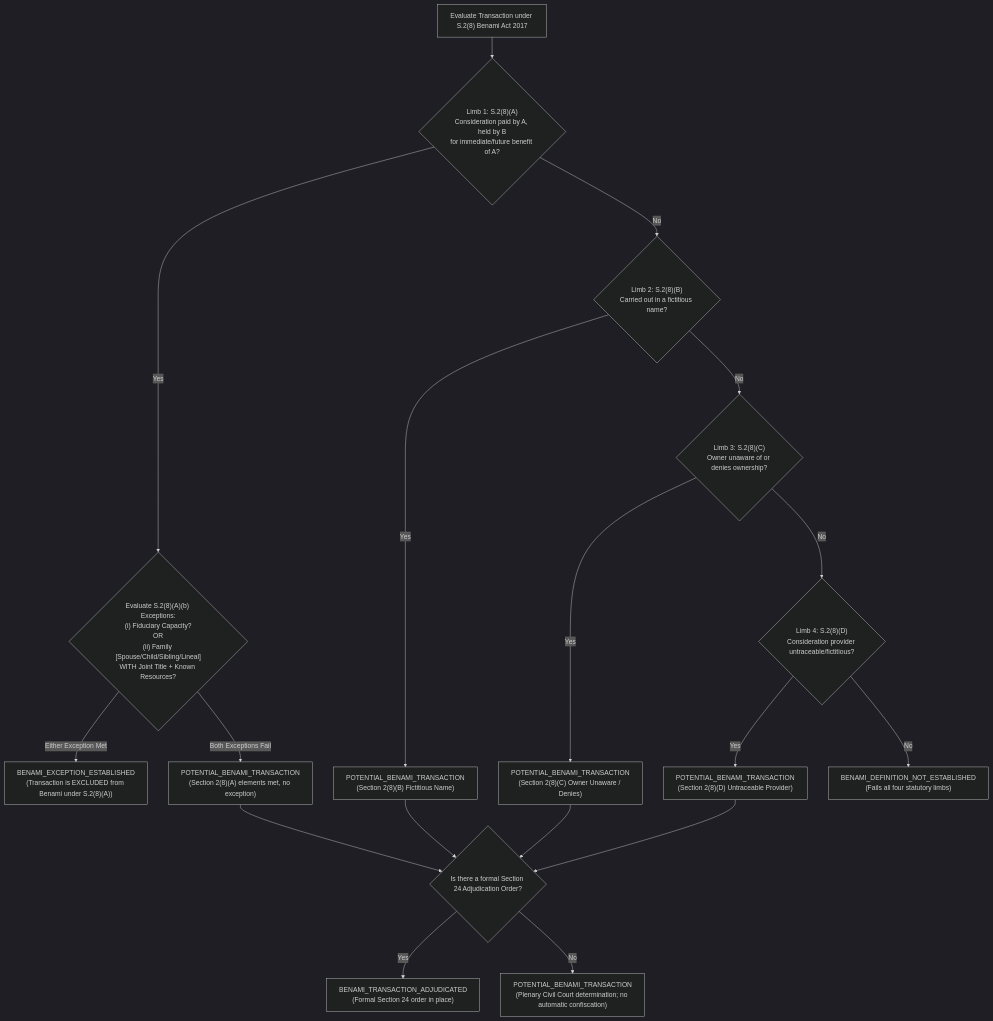
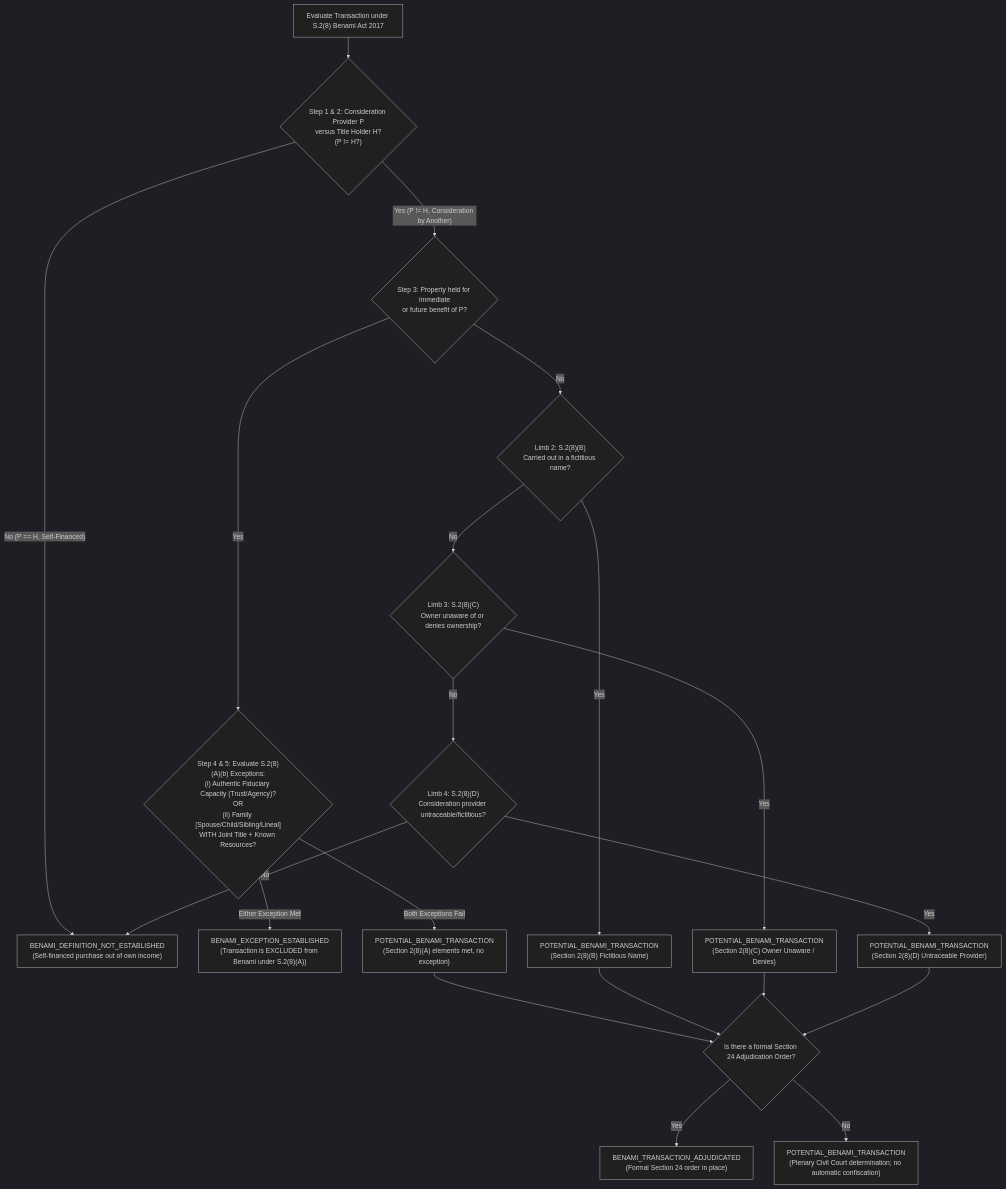
The diagram in PHASE4_STEP5_IMPLEMENTATION_PLAN.md (abdulkabeerkhan-dev/lawyer-Backend), drawn with Mermaid (dark theme) before and after one commit. The commit also changed other lines of this file, not shown here.

Commit message:
docs(plan): upgrade implementation plan to v1.7.3 resolving all 8 pre-authorization review findings and AUTH-01..10 matrix

````diff
--- a/PHASE4_STEP5_IMPLEMENTATION_PLAN.md
+++ b/PHASE4_STEP5_IMPLEMENTATION_PLAN.md
@@ -169,27 +179,30 @@
 ```mermaid
 flowchart TD
-    Start["Evaluate Transaction under S.2(8) Benami Act 2017"] --> LimbA{"Limb 1: S.2(8)(A)<br/>Consideration paid by A, held by B<br/>for immediate/future benefit of A?"}
+    Start["Evaluate Transaction under S.2(8) Benami Act 2017"] --> Step1{"Step 1 & 2: Consideration Provider P<br/>versus Title Holder H?<br/>(P != H?)"}
     
-    LimbA -- Yes --> ExCheck{"Evaluate S.2(8)(A)(b) Exceptions:<br/>(i) Fiduciary Capacity?<br/>OR<br/>(ii) Family [Spouse/Child/Sibling/Lineal]<br/>WITH Joint Title + Known Resources?"}
-    LimbA -- No --> LimbB{"Limb 2: S.2(8)(B)<br/>Carried out in a fictitious name?"}
+    Step1 -- "No (P == H, Self-Financed)" --> NotEst["BENAMI_DEFINITION_NOT_ESTABLISHED<br/>(Self-financed purchase out of own income)"]
+    Step1 -- "Yes (P != H, Consideration by Another)" --> Step3{"Step 3: Property held for immediate<br/>or future benefit of P?"}
+    
+    Step3 -- Yes --> ExCheck{"Step 4 & 5: Evaluate S.2(8)(A)(b) Exceptions:<br/>(i) Authentic Fiduciary Capacity (Trust/Agency)?<br/>OR<br/>(ii) Family [Spouse/Child/Sibling/Lineal]<br/>WITH Joint Title + Known Resources?"}
+    Step3 -- No --> LimbB{"Limb 2: S.2(8)(B)<br/>Carried out in a fictitious name?"}
     
     ExCheck -- Either Exception Met --> ExcEst["BENAMI_EXCEPTION_ESTABLISHED<br/>(Transaction is EXCLUDED from Benami under S.2(8)(A))"]
     ExCheck -- Both Exceptions Fail --> PotBenA["POTENTIAL_BENAMI_TRANSACTION<br/>(Section 2(8)(A) elements met, no exception)"]
     
     LimbB -- Yes --> PotBenB["POTENTIAL_BENAMI_TRANSACTION<br/>(Section 2(8)(B) Fictitious Name)"]
     LimbB -- No --> LimbC{"Limb 3: S.2(8)(C)<br/>Owner unaware of or denies ownership?"}
     
     LimbC -- Yes --> PotBenC["POTENTIAL_BENAMI_TRANSACTION<br/>(Section 2(8)(C) Owner Unaware / Denies)"]
     LimbC -- No --> LimbD{"Limb 4: S.2(8)(D)<br/>Consideration provider untraceable/fictitious?"}
     
     LimbD -- Yes --> PotBenD["POTENTIAL_BENAMI_TRANSACTION<br/>(Section 2(8)(D) Untraceable Provider)"]
-    LimbD -- No --> NotEst["BENAMI_DEFINITION_NOT_ESTABLISHED<br/>(Fails all four statutory limbs)"]
+    LimbD -- No --> NotEst
     
     PotBenA --> S24Order{"Is there a formal Section 24 Adjudication Order?"}
     PotBenB --> S24Order
     PotBenC --> S24Order
     PotBenD --> S24Order
     
     S24Order -- Yes --> BenAdj["BENAMI_TRANSACTION_ADJUDICATED<br/>(Formal Section 24 order in place)"]
     S24Order -- No --> RetPot["POTENTIAL_BENAMI_TRANSACTION<br/>(Plenary Civil Court determination; no automatic confiscation)"]
 ```
````
